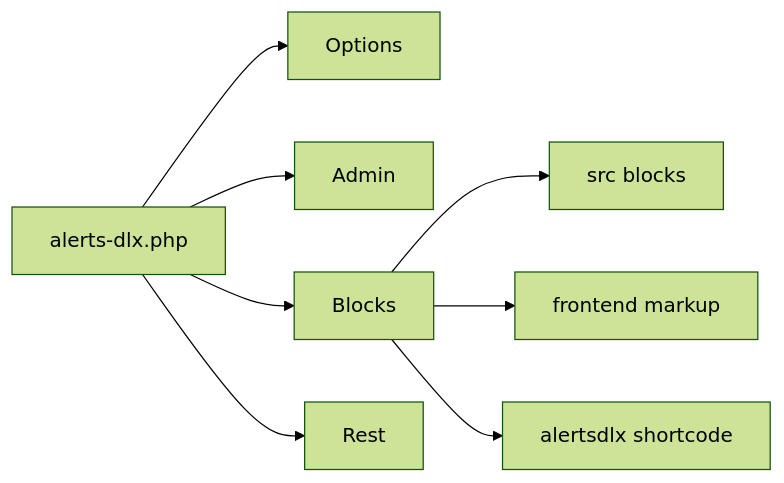
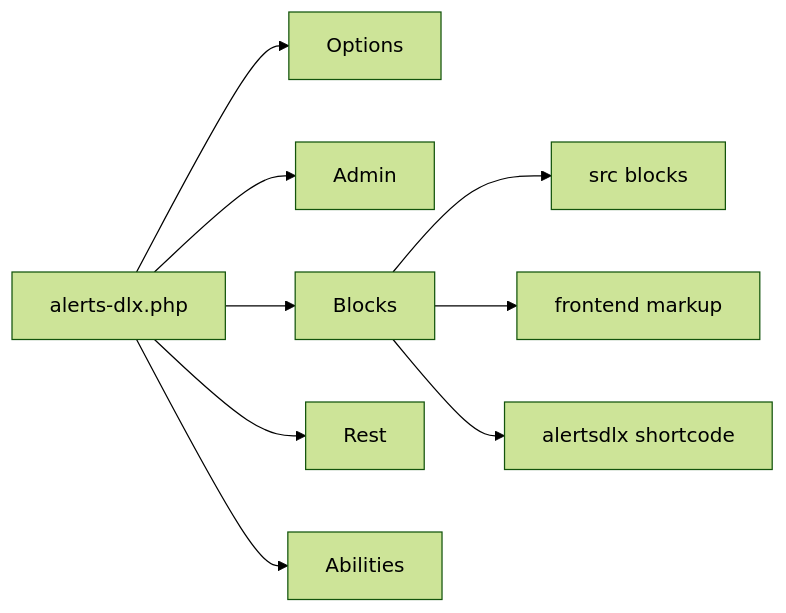
Before and after one commit to ronalfy/alerts-dlx: the diagram in docs/ARCHITECTURE.md, drawn with Mermaid (forest theme). The commit also changed other lines of this file and 2 other files, not shown here.

Commit message:
Adding AI abilities to generate shortcodes and retrieve global styles.

````diff
--- a/docs/ARCHITECTURE.md
+++ b/docs/ARCHITECTURE.md
@@ -7,10 +7,11 @@
 ```mermaid
 flowchart LR
   bootstrap[alerts-dlx.php] --> options[Options]
   bootstrap --> admin[Admin]
   bootstrap --> blocks[Blocks]
   bootstrap --> rest[Rest]
+  bootstrap --> abilities[Abilities]
   blocks --> editor[src blocks]
   blocks --> frontend[frontend markup]
   blocks --> shortcode[alertsdlx shortcode]
 ```
````
